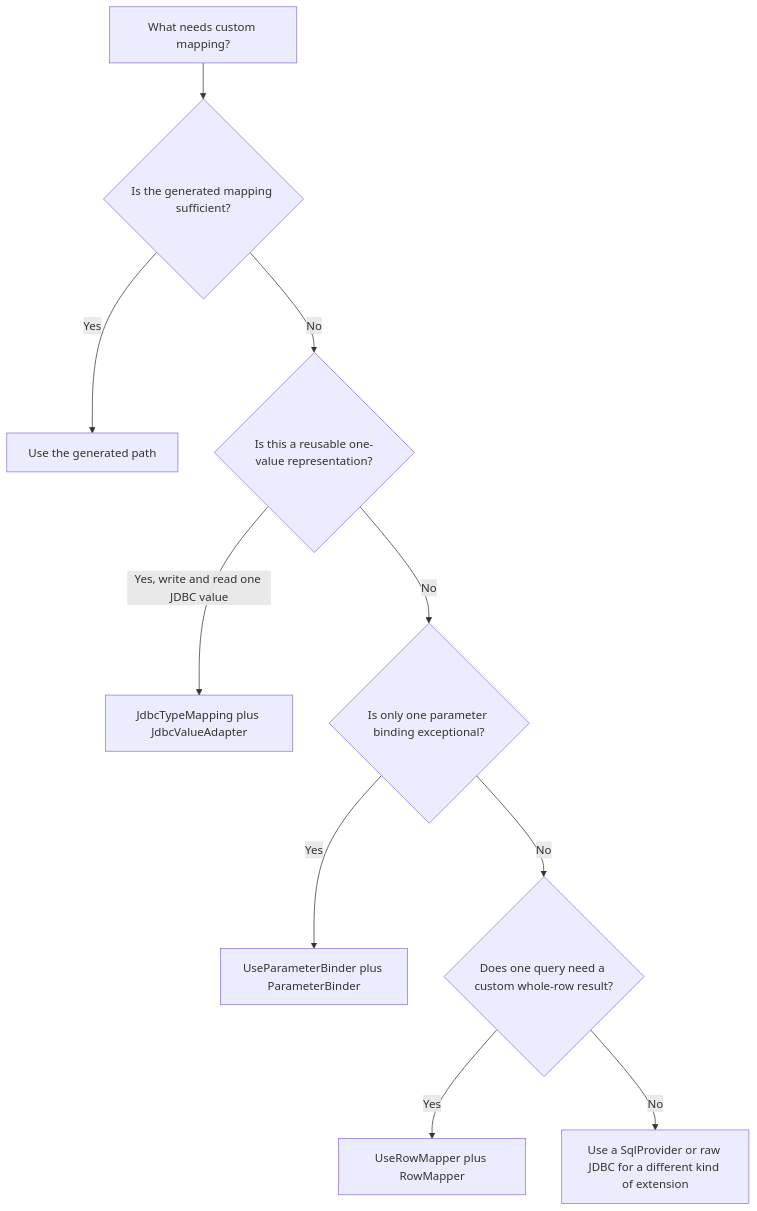
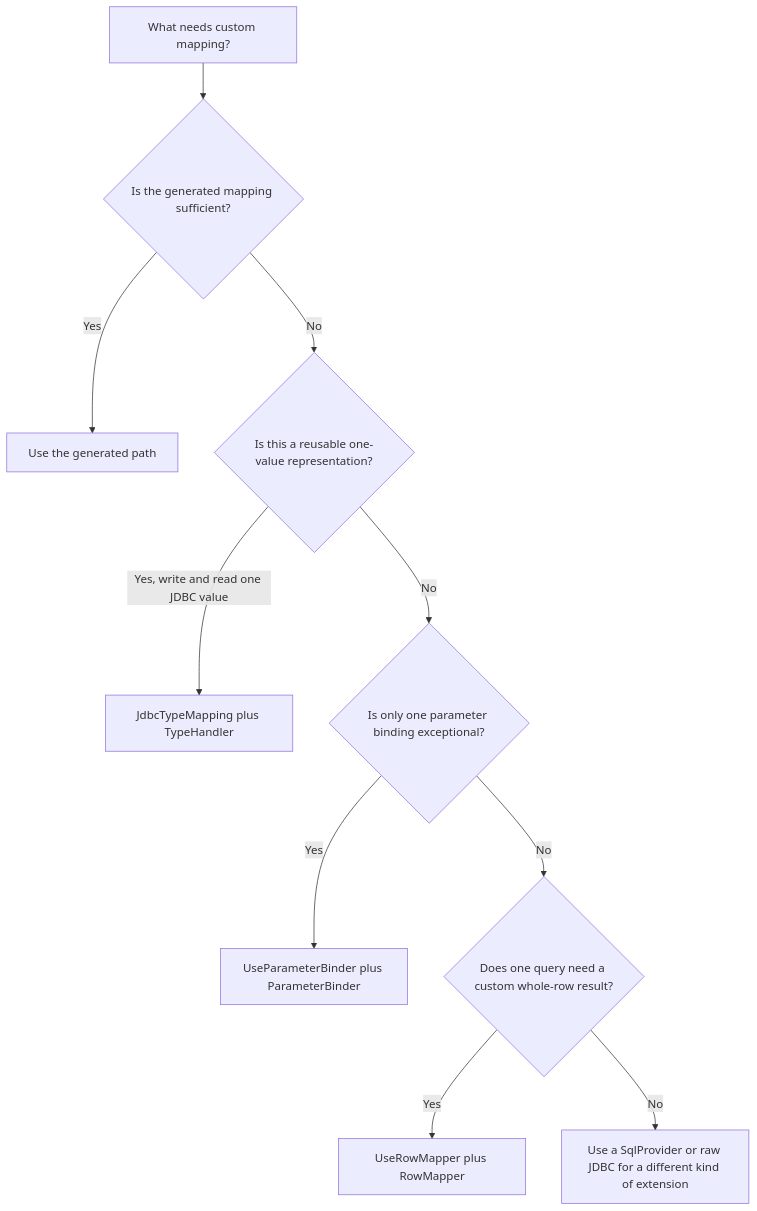
Before and after one commit to lite-orm/lite-orm: the first of 2 diagrams in docs/user/core/mapping.md, drawn with Mermaid. The commit also changed other lines of this file and 59 other files, not shown here.

First line of the commit message:
feat(jdbc): route values through runtime type handlers

````diff
--- a/docs/user/core/mapping.md
+++ b/docs/user/core/mapping.md
@@ -34,12 +42,12 @@
 ```mermaid
 flowchart TD
     A[What needs custom mapping?] --> B{Is the generated mapping sufficient?}
     B -->|Yes| G[Use the generated path]
     B -->|No| C{Is this a reusable one-value representation?}
-    C -->|Yes, write and read one JDBC value| J[JdbcTypeMapping plus JdbcValueAdapter]
+    C -->|Yes, write and read one JDBC value| J[JdbcTypeMapping plus TypeHandler]
     C -->|No| D{Is only one parameter binding exceptional?}
     D -->|Yes| P[UseParameterBinder plus ParameterBinder]
     D -->|No| E{Does one query need a custom whole-row result?}
     E -->|Yes| R[UseRowMapper plus RowMapper]
     E -->|No| X[Use a SqlProvider or raw JDBC for a different kind of extension]
 ```
````
